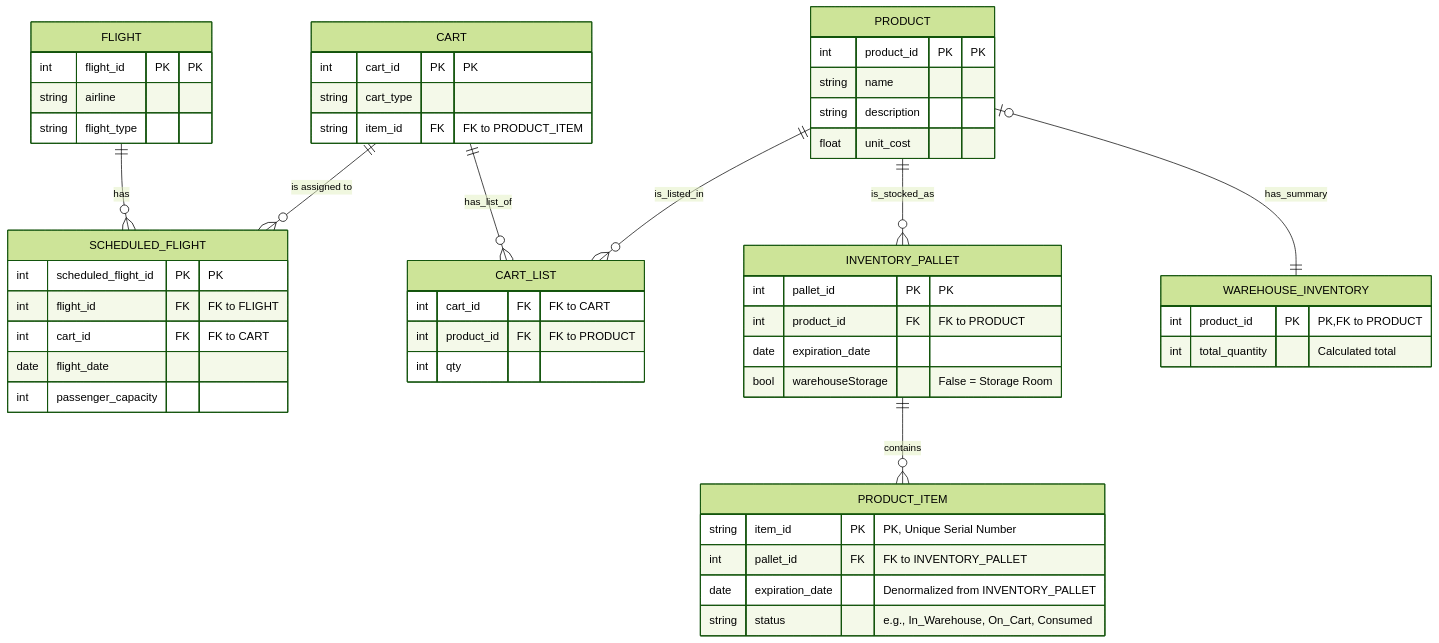
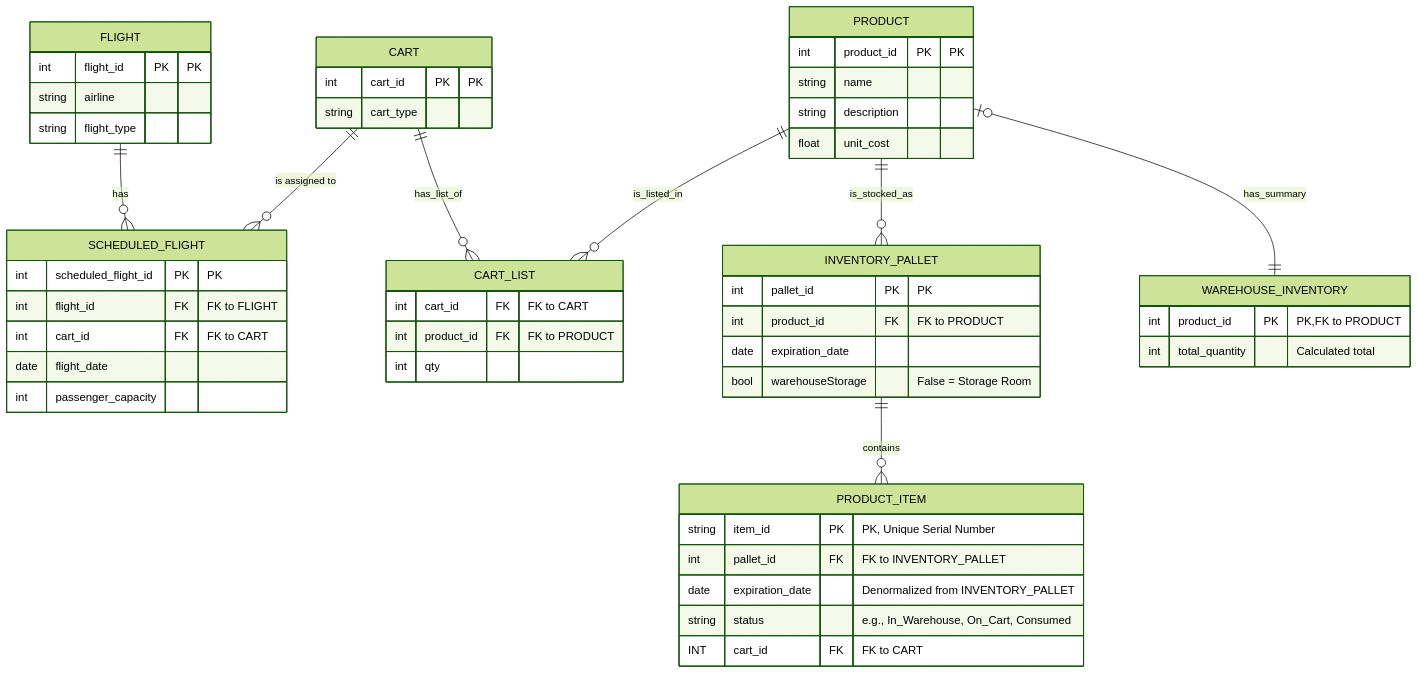
The diagram in uml_diagram.md (Javierlcastillo/smartIntelligence-by-MJandTheMonstars), drawn with Mermaid (forest theme) before and after one commit. The commit also changed other lines of this file and 1 other file, not shown here.

Commit message:
Ambos diagramas UML terminados

````diff
--- a/uml_diagram.md
+++ b/uml_diagram.md
@@ -3,63 +3,63 @@
 ```mermaid
 erDiagram
 
     FLIGHT {
         int flight_id PK "PK"
         string airline
         string flight_type
     }
 
     SCHEDULED_FLIGHT {
         int scheduled_flight_id PK "PK"
         int flight_id FK "FK to FLIGHT"
         int cart_id FK "FK to CART"
         date flight_date
         int passenger_capacity
     }
 
     CART {
         int cart_id PK "PK"
         string cart_type
-        string item_id FK "FK to PRODUCT_ITEM"
     }
 
     PRODUCT {
         int product_id PK "PK"
         string name
         string description
         float unit_cost
     }
 
     WAREHOUSE_INVENTORY {
         int product_id PK "PK,FK to PRODUCT"
         int total_quantity "Calculated total"
     }
 
     INVENTORY_PALLET {
         int pallet_id PK "PK"
         int product_id FK "FK to PRODUCT"
         date expiration_date
         bool warehouseStorage "False = Storage Room"
     }
 
     PRODUCT_ITEM {
         string item_id PK "PK, Unique Serial Number"
         int pallet_id FK "FK to INVENTORY_PALLET"
         date expiration_date "Denormalized from INVENTORY_PALLET"
         string status "e.g., In_Warehouse, On_Cart, Consumed"
+        INT cart_id FK "FK to CART"
     }
 
     CART_LIST {
         int cart_id FK "FK to CART"
         int product_id FK "FK to PRODUCT"
         int qty
     }
 
     FLIGHT ||--o{ SCHEDULED_FLIGHT : "has"
     CART ||--o{ SCHEDULED_FLIGHT : "is assigned to"
     INVENTORY_PALLET ||--o{ PRODUCT_ITEM : "contains"
     CART ||--o{ CART_LIST : "has_list_of"
     PRODUCT ||--o{ CART_LIST : "is_listed_in"
     PRODUCT ||--o{ INVENTORY_PALLET : "is_stocked_as"
     PRODUCT |o--|| WAREHOUSE_INVENTORY : "has_summary"
 ```
````
